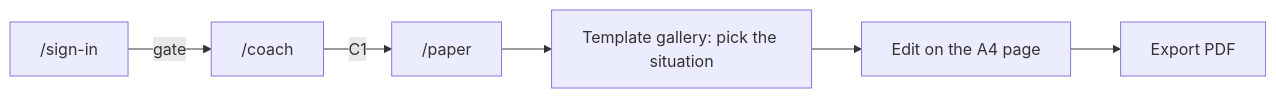
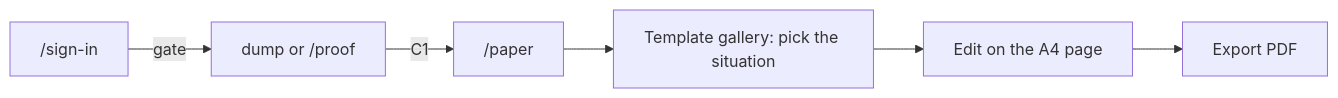
One commit to Rickvu309/opencv changed the fourth of 7 diagrams in docs/flows.md. Above: the diagram before and after it, drawn with Mermaid. The commit also changed other lines of this file and 13 other files, not shown here.

````diff
--- a/docs/flows.md
+++ b/docs/flows.md
@@ -167,8 +166,8 @@
 ```mermaid
 flowchart LR
-  In["/sign-in"] -->|"gate"| Chat["/coach"]
-  Chat -->|"C1"| List["/paper"]
+  In["/sign-in"] -->|"gate"| Home["dump or /proof"]
+  Home -->|"C1"| List["/paper"]
   List --> Gallery["Template gallery: pick the situation"]
   Gallery --> Page["Edit on the A4 page"]
   Page --> Export["Export PDF"]
 ```
````
